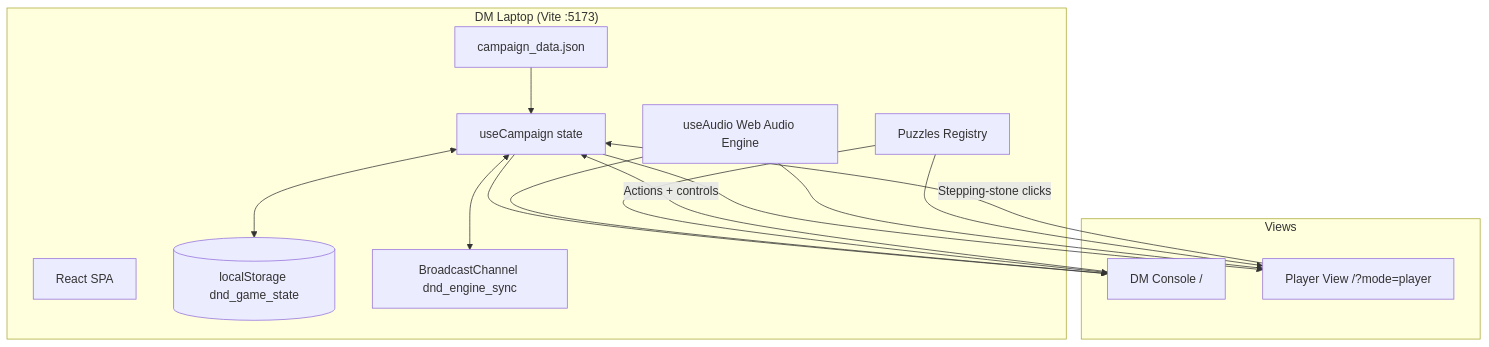
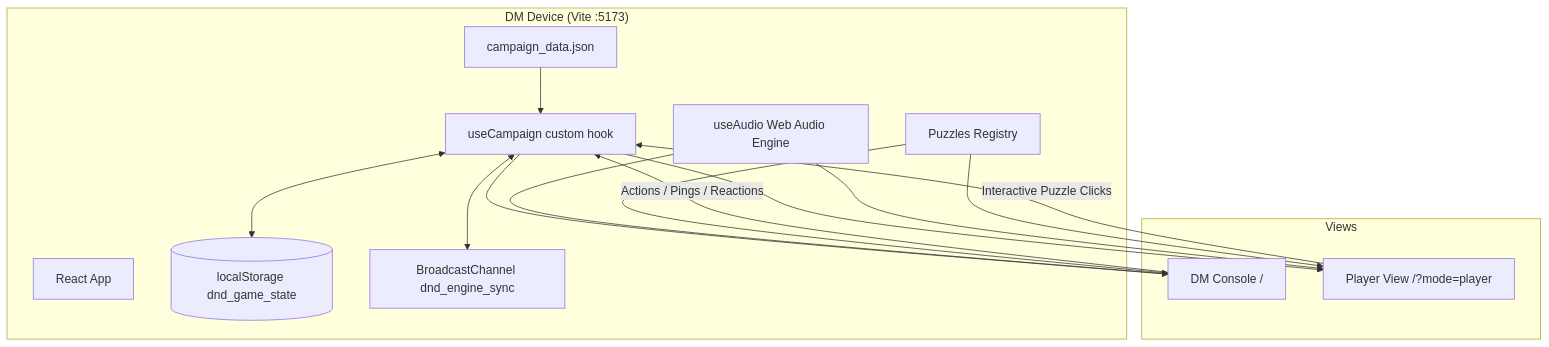
One commit to lanoitcif/ddcamp changed the first of 2 diagrams in documentation.md. Above: the diagram before and after it, drawn with Mermaid. The commit also changed other lines of this file and 12 other files, not shown here.

Commit message:
feat: D&D Engine v2.0 - Minecraft audio, Reactions, Pings, Handouts, and documentation sync

````diff
--- a/documentation.md
+++ b/documentation.md
@@ -19,30 +31,30 @@
 ```mermaid
 graph TD
-    subgraph Host["DM Laptop (Vite :5173)"]
-        App[React SPA]
-        Hook[useCampaign state]
+    subgraph Host["DM Device (Vite :5173)"]
+        App[React App]
+        Hook[useCampaign custom hook]
         LS[(localStorage dnd_game_state)]
         BC[BroadcastChannel dnd_engine_sync]
         Audio[useAudio Web Audio Engine]
         Puzzles[Puzzles Registry]
         Data[campaign_data.json]
     end
 
     subgraph Views
         DM[DM Console /]
         TV[Player View /?mode=player]
     end
 
     Data --> Hook
     Hook <--> LS
     Hook <--> BC
     Hook --> DM
     Hook --> TV
     Audio --> DM
     Audio --> TV
     Puzzles --> DM
     Puzzles --> TV
 
-    DM -->|Actions + controls| Hook
-    TV -->|Stepping-stone clicks| Hook
+    DM -->|Actions / Pings / Reactions| Hook
+    TV -->|Interactive Puzzle Clicks| Hook
 ```
````
